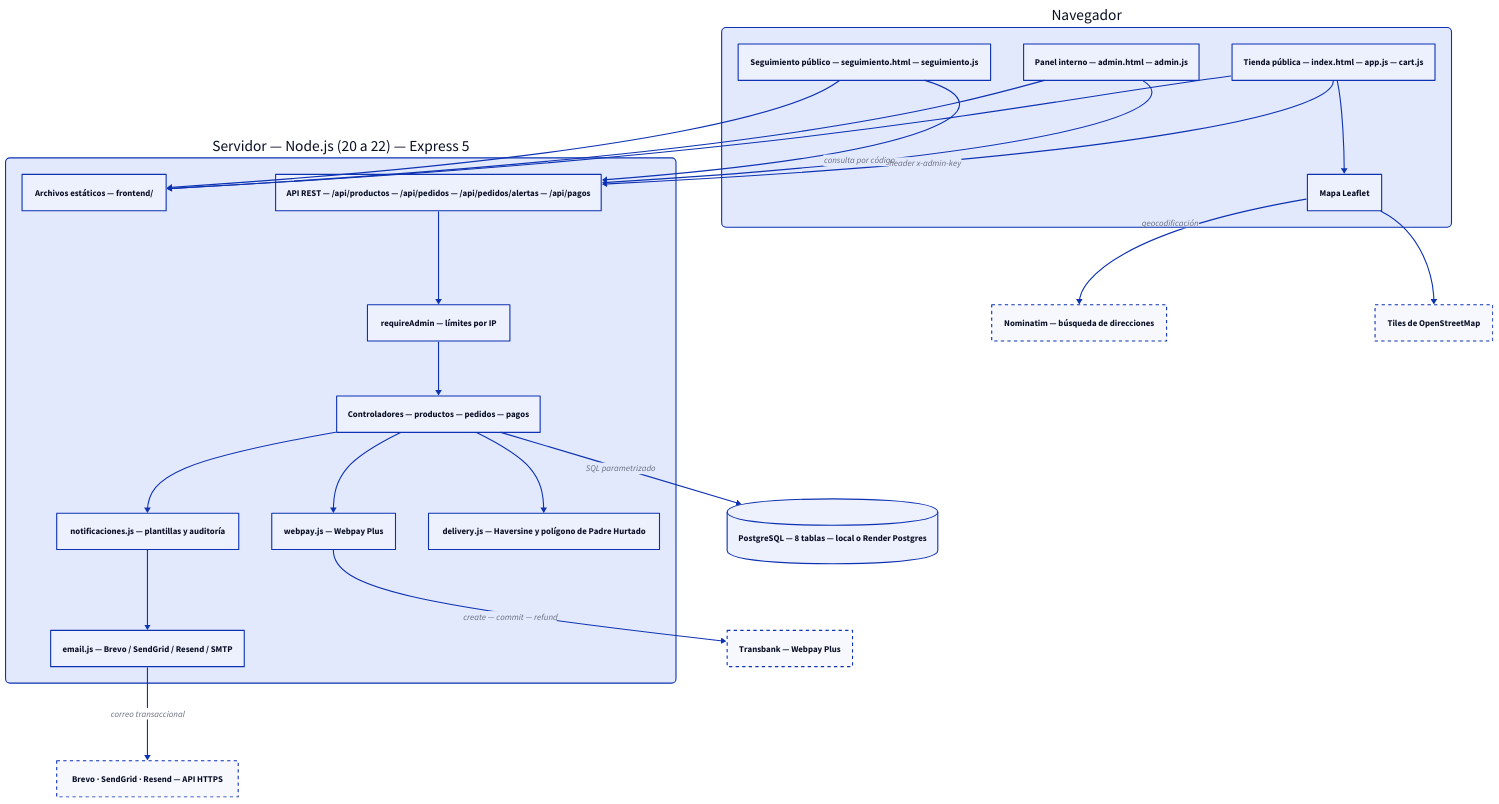
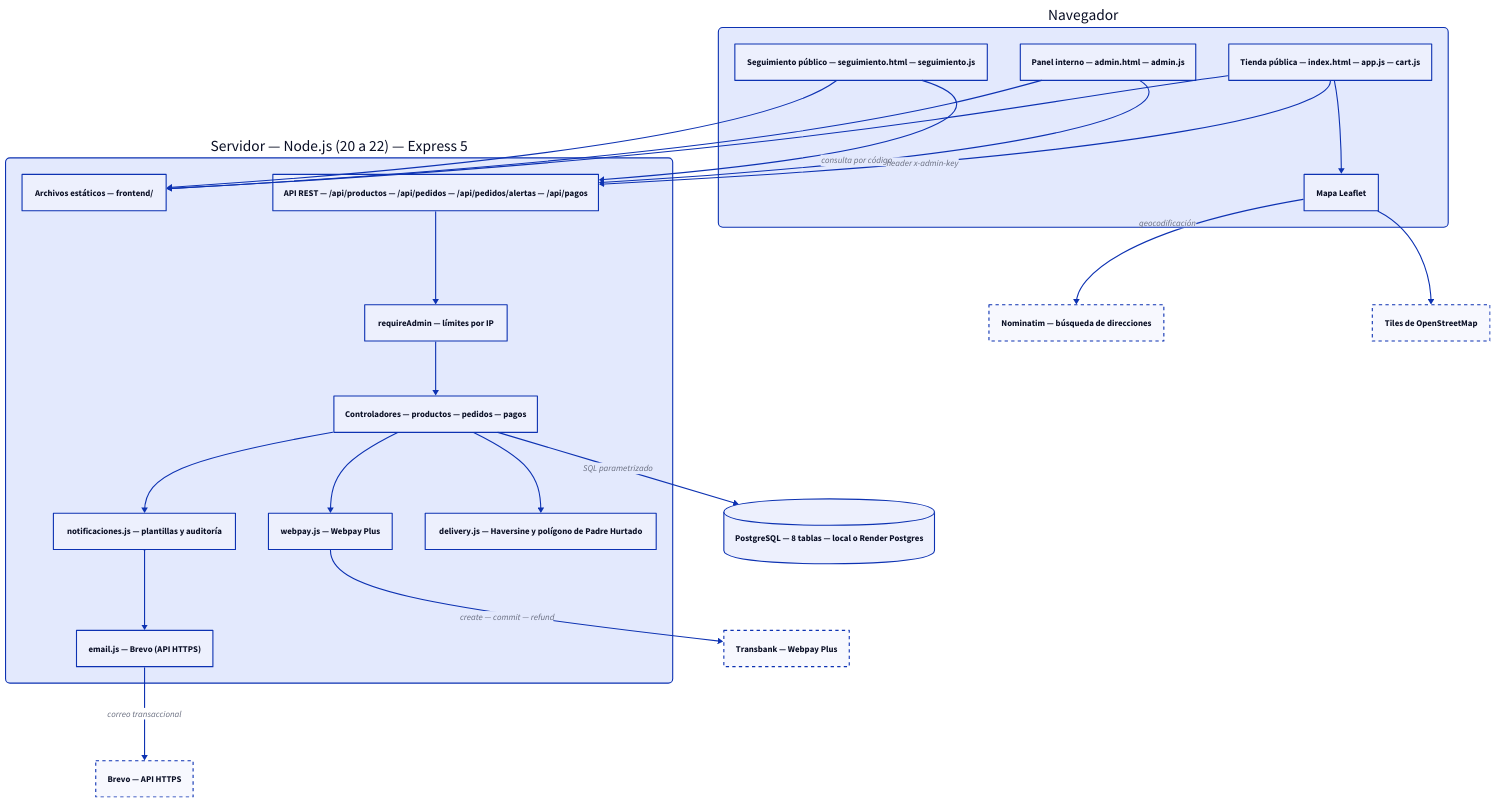
One commit to ThomasPuma/2026_2_MA_CAPSTONE_005D_GRUPO_6 changed the diagram in Fase 2/Evidencias Proyecto/Evidencias de Documentación/Imagenes/Diagramas/Fuentes-D2/d2_arquitectura.d2. Above: the diagram before and after it, drawn with D2. The commit also changed 14 other files, not shown here.

Commit message:
Unificar Brevo como proveedor de correo en diagramas y documentos

```diff
--- a/Fase 2/Evidencias Proyecto/Evidencias de Documentación/Imagenes/Diagramas/Fuentes-D2/d2_arquitectura.d2
+++ b/Fase 2/Evidencias Proyecto/Evidencias de Documentación/Imagenes/Diagramas/Fuentes-D2/d2_arquitectura.d2
@@ -1,48 +1,48 @@
 # Arquitectura de componentes y stack — Matteo Masas
 
 direction: down
 
 navegador: "Navegador" {
   style.border-radius: 8
   tienda: "Tienda pública — index.html — app.js — cart.js"
   panel: "Panel interno — admin.html — admin.js"
   seguimiento: "Seguimiento público — seguimiento.html — seguimiento.js"
   mapa: "Mapa Leaflet"
 }
 
 servidor: "Servidor — Node.js (20 a 22) — Express 5" {
   style.border-radius: 8
   estaticos: "Archivos estáticos — frontend/"
   api: "API REST — /api/productos — /api/pedidos — /api/pedidos/alertas — /api/pagos"
   middlewares: "requireAdmin — límites por IP"
   controladores: "Controladores — productos — pedidos — pagos"
   webpay: "webpay.js — Webpay Plus"
-  correo: "email.js — Brevo / SendGrid / Resend / SMTP"
+  correo: "email.js — Brevo (API HTTPS)"
   notificaciones: "notificaciones.js — plantillas y auditoría"
   delivery: "delivery.js — Haversine y polígono de Padre Hurtado"
 }
 
 bd: "PostgreSQL — 8 tablas — local o Render Postgres" {shape: cylinder}
 transbank: "Transbank — Webpay Plus" {style.stroke-dash: 3}
-email_api: "Brevo · SendGrid · Resend — API HTTPS" {style.stroke-dash: 3}
+email_api: "Brevo — API HTTPS" {style.stroke-dash: 3}
 nominatim: "Nominatim — búsqueda de direcciones" {style.stroke-dash: 3}
 tiles: "Tiles de OpenStreetMap" {style.stroke-dash: 3}
 
 navegador.tienda -> servidor.estaticos
 navegador.panel -> servidor.estaticos
 navegador.seguimiento -> servidor.estaticos
 navegador.tienda -> servidor.api
 navegador.panel -> servidor.api: "header x-admin-key"
 navegador.seguimiento -> servidor.api: "consulta por código"
 servidor.api -> servidor.middlewares
 servidor.middlewares -> servidor.controladores
 servidor.controladores -> servidor.delivery
 servidor.controladores -> servidor.webpay
 servidor.controladores -> servidor.notificaciones
 servidor.notificaciones -> servidor.correo
 servidor.correo -> email_api: "correo transaccional"
 servidor.webpay -> transbank: "create — commit — refund"
 servidor.controladores -> bd: "SQL parametrizado"
 navegador.tienda -> navegador.mapa
 navegador.mapa -> tiles
 navegador.mapa -> nominatim: "geocodificación"
```
